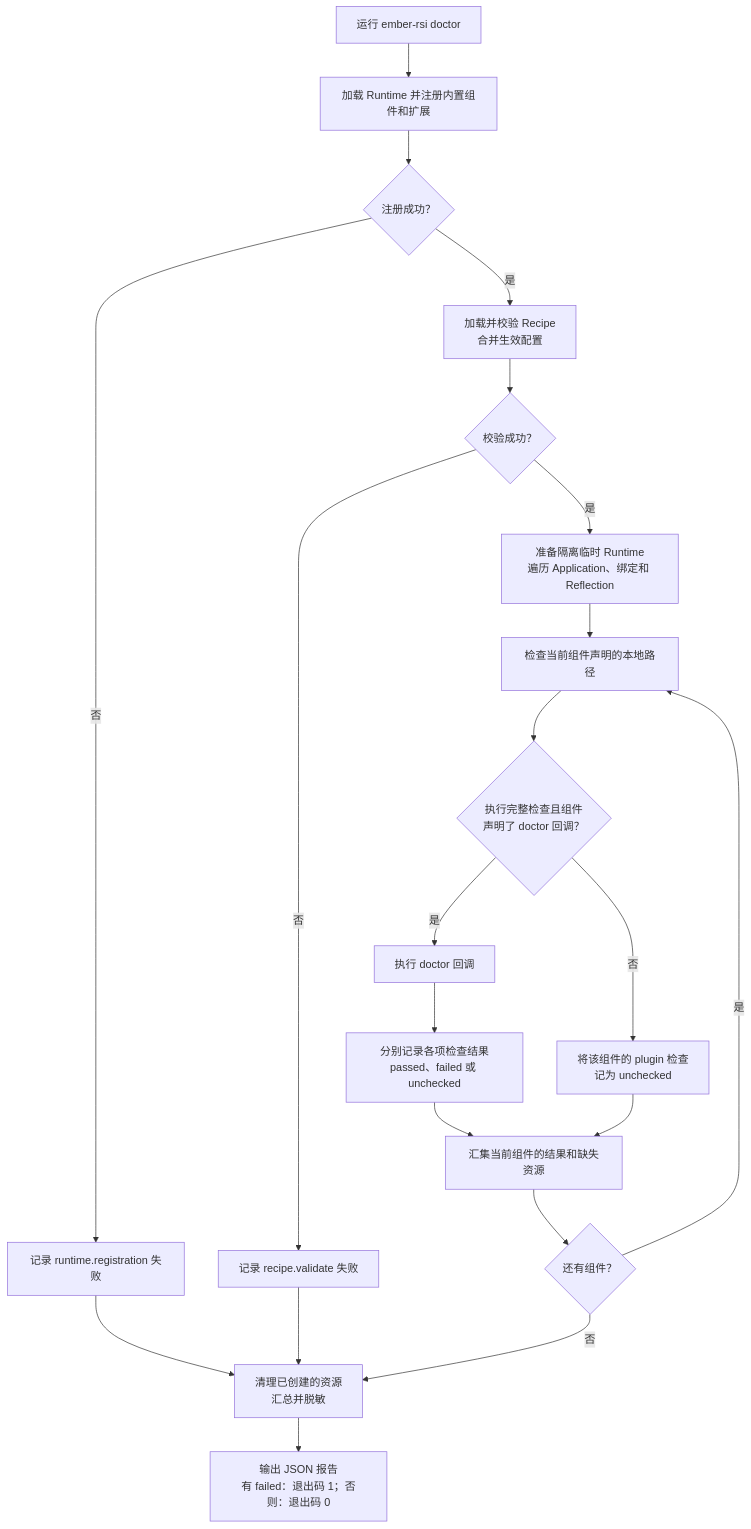
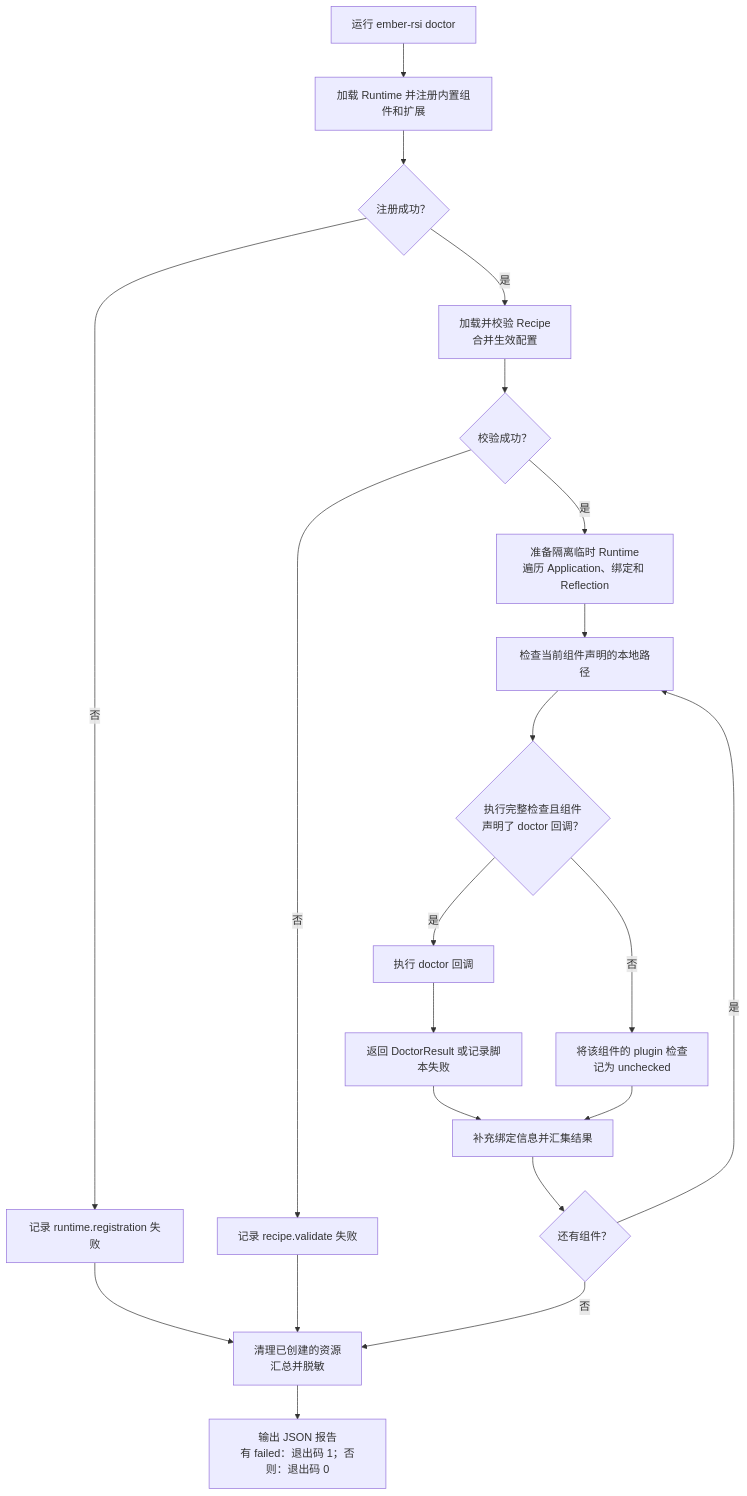
The diagram in docs/users/guides/doctor_zh.md (ARSI-LAB/ARSI), drawn with Mermaid before and after one commit. The commit also changed other lines of this file and 35 other files, not shown here.

````diff
--- a/docs/users/guides/doctor_zh.md
+++ b/docs/users/guides/doctor_zh.md
@@ -24,23 +24,23 @@
 ```mermaid
 flowchart TD
     A["运行 ember-rsi doctor"] --> B["加载 Runtime 并注册内置组件和扩展"]
     B --> C{"注册成功？"}
     C -- 否 --> D["记录 runtime.registration 失败"]
     C -- 是 --> E["加载并校验 Recipe<br/>合并生效配置"]
     E --> F{"校验成功？"}
     F -- 否 --> G["记录 recipe.validate 失败"]
     F -- 是 --> H["准备隔离临时 Runtime<br/>遍历 Application、绑定和 Reflection"]
     H --> I["检查当前组件声明的本地路径"]
     I --> J{"执行完整检查且组件<br/>声明了 doctor 回调？"}
     J -- 是 --> K["执行 doctor 回调"]
-    K --> Q["分别记录各项检查结果<br/>passed、failed 或 unchecked"]
+    K --> Q["返回 DoctorResult 或记录脚本失败"]
     J -- 否 --> L["将该组件的 plugin 检查<br/>记为 unchecked"]
-    Q --> M["汇集当前组件的结果和缺失资源"]
+    Q --> M["补充绑定信息并汇集结果"]
     L --> M
     M --> N{"还有组件？"}
     N -- 是 --> I
     N -- 否 --> O["清理已创建的资源<br/>汇总并脱敏"]
     D --> O
     G --> O
     O --> P["输出 JSON 报告<br/>有 failed：退出码 1；否则：退出码 0"]
 ```
````
